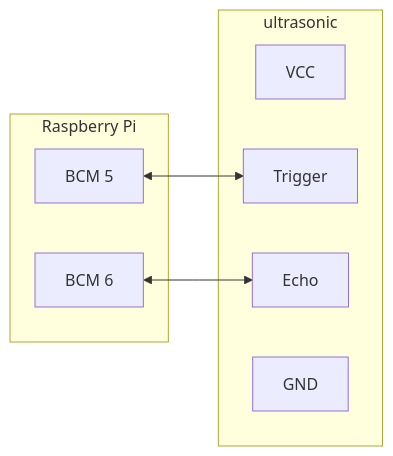
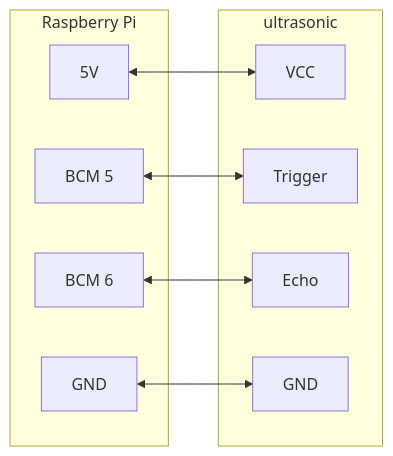
Before and after one commit to lankahsu520/RPiP9: the third of 3 diagrams in README.md, drawn with Mermaid. The commit also changed other lines of this file and 7 other files, not shown here.

````diff
--- a/README.md
+++ b/README.md
@@ -136,15 +146,19 @@
 ```mermaid
 flowchart LR
 	subgraph ultrasonic
-    VCC[VCC]
-    Trigger[Trigger]
-    Echo[Echo]
+		VCC[VCC]
+		Trigger[Trigger]
+		Echo[Echo]
 		GND[GND]
 	end
 	subgraph "Raspberry Pi"
-    BCM5[BCM 5]
-    BCM6[BCM 6]
+		BCM5[BCM 5]
+		BCM6[BCM 6]
+		5V_PI[5V]
+		GND_PI[GND]
 	end
 	BCM5 <--> Trigger
 	BCM6 <--> Echo
+	5V_PI <--> VCC
+	GND_PI <--> GND
 ```
````
